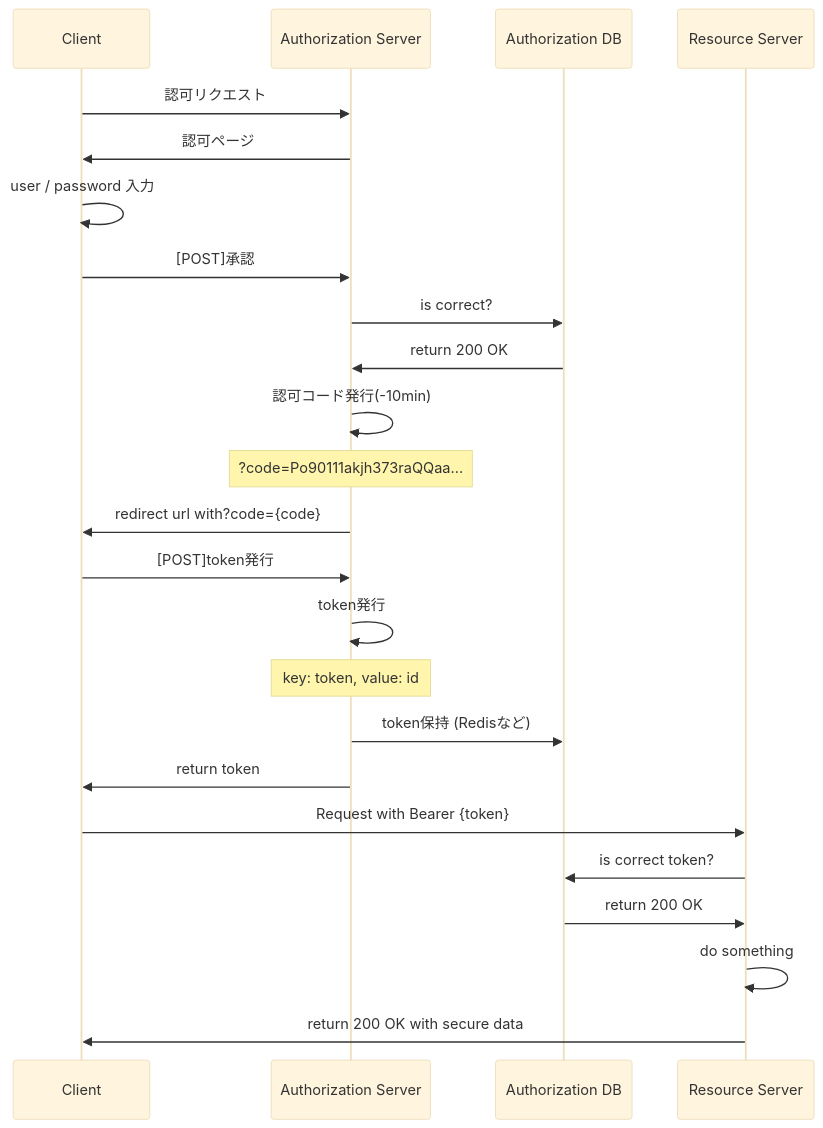
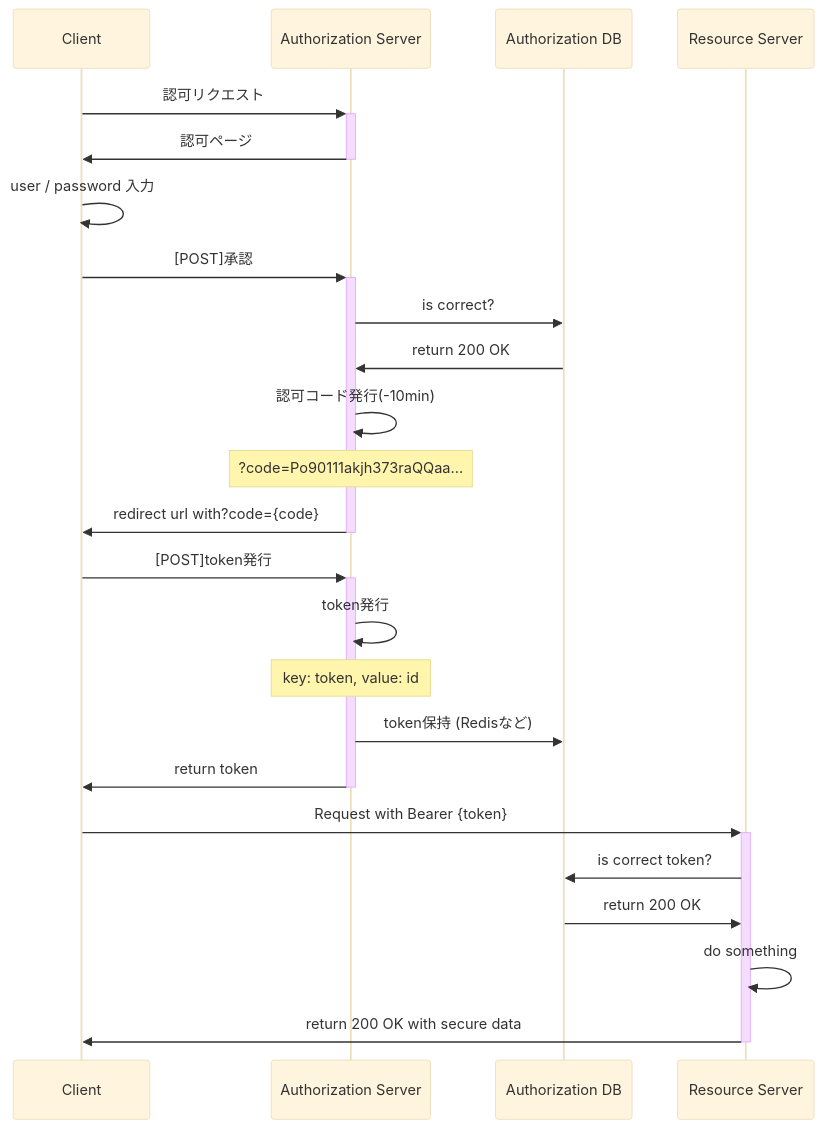
One commit to yutakasugiura/redis_learning changed the second of 2 diagrams in README.md. Above: the diagram before and after it, drawn with Mermaid (base theme).

````diff
--- a/README.md
+++ b/README.md
@@ -104,27 +104,27 @@
 ```mermaid
 sequenceDiagram
   participant Client
   participant Auth as Authorization Server
   participant DB as Authorization DB
   participant Resource as Resource Server
 
-  Client ->> Auth: 認可リクエスト
-  Auth ->> Client: 認可ページ
+  Client ->>+ Auth: 認可リクエスト
+  Auth ->>- Client: 認可ページ
   Client ->> Client: user / password 入力
-  Client ->> Auth: [POST]承認
+  Client ->>+ Auth: [POST]承認
   Auth ->> DB: is correct?
   DB ->> Auth: return 200 OK
   Auth ->> Auth: 認可コード発行(-10min)
     note over Auth: ?code=Po90111akjh373raQQaa...
-  Auth ->> Client: redirect url with?code={code}
-  Client ->> Auth: [POST]token発行
+  Auth ->>- Client: redirect url with?code={code}
+  Client ->>+ Auth: [POST]token発行
   Auth ->> Auth: token発行
     note over Auth: key: token, value: id
   Auth ->> DB: token保持 (Redisなど)
-  Auth ->> Client: return token
-  Client ->> Resource: Request with Bearer {token}
+  Auth ->>- Client: return token
+  Client ->>+ Resource: Request with Bearer {token}
   Resource ->> DB: is correct token?
   DB ->> Resource: return 200 OK
   Resource ->> Resource: do something
-  Resource ->> Client: return 200 OK with secure data
+  Resource ->>- Client: return 200 OK with secure data
 ```
````
